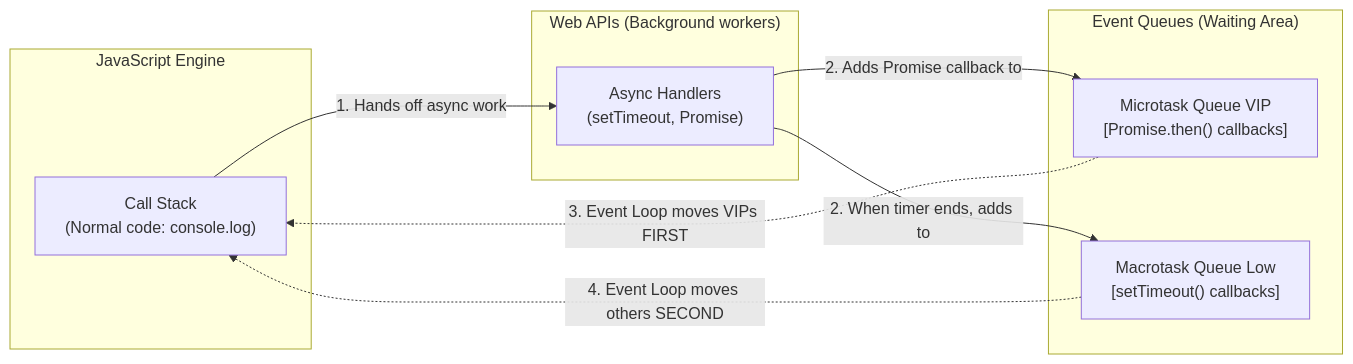
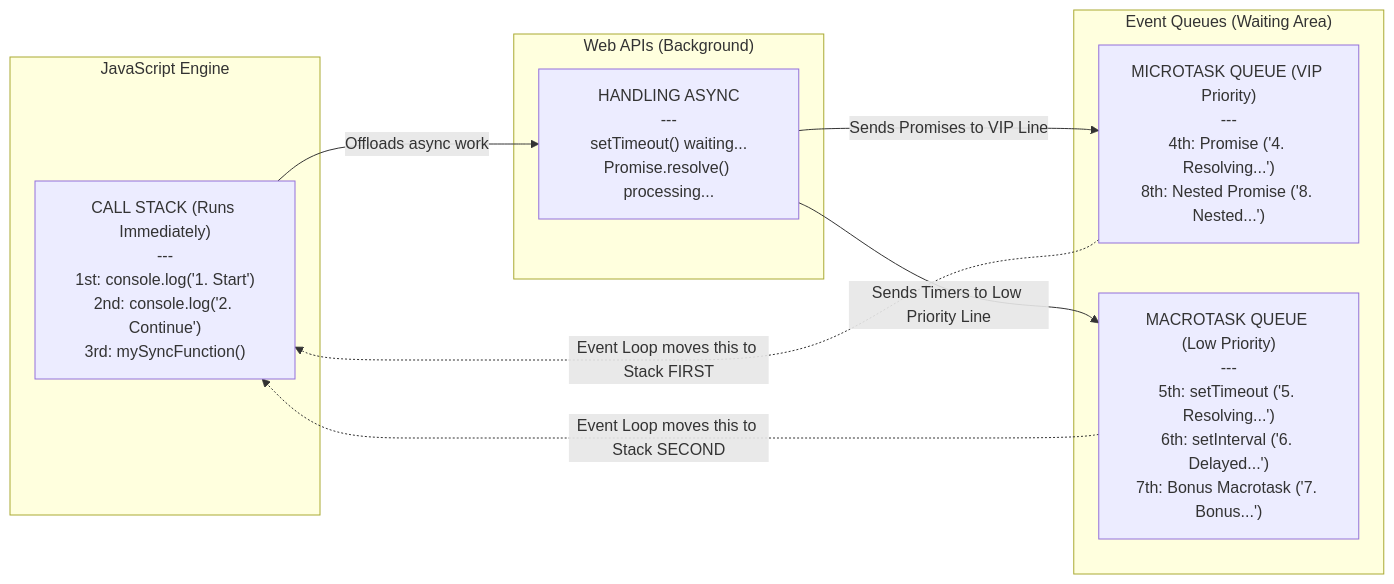
Before and after one commit to moideen-mashad/JavaScript-Event-Loop-Basics: the diagram in README.md, drawn with Mermaid.

Commit message:
JavaScript Event Loop Basics

````diff
--- a/README.md
+++ b/README.md
@@ -25,22 +25,22 @@
 ```mermaid
 flowchart LR
     subgraph Engine["JavaScript Engine"]
-        Stack["Call Stack<br/>(Normal code: console.log)"]
+        Stack["CALL STACK (Runs Immediately)<br/>---<br/>1st: console.log('1. Start')<br/>2nd: console.log('2. Continue')<br/>3rd: mySyncFunction()"]
     end
 
-    subgraph Browser["Web APIs (Background workers)"]
-        AsyncTasks["Async Handlers<br/>(setTimeout, Promise)"]
+    subgraph Browser["Web APIs (Background)"]
+        AsyncTasks["HANDLING ASYNC<br/>---<br/>setTimeout() waiting...<br/>Promise.resolve() processing..."]
     end
 
     subgraph Memory["Event Queues (Waiting Area)"]
-        Micro["Microtask Queue VIP<br/>[Promise.then() callbacks]"]
-        Macro["Macrotask Queue Low<br/>[setTimeout() callbacks]"]
+        Micro["MICROTASK QUEUE (VIP Priority)<br/>---<br/>4th: Promise ('4. Resolving...')<br/>8th: Nested Promise ('8. Nested...')"]
+        Macro["MACROTASK QUEUE (Low Priority)<br/>---<br/>5th: setTimeout ('5. Resolving...')<br/>6th: setInterval ('6. Delayed...')<br/>7th: Bonus Macrotask ('7. Bonus...')"]
     end
 
-    Stack --"1. Hands off async work"--> AsyncTasks
-    AsyncTasks --"2. Adds Promise callback to"--> Micro
-    AsyncTasks --"2. When timer ends, adds to"--> Macro
+    Stack --"Offloads async work"--> AsyncTasks
+    AsyncTasks --"Sends Promises to VIP Line"--> Micro
+    AsyncTasks --"Sends Timers to Low Priority Line"--> Macro
 
-    Micro -."3. Event Loop moves VIPs FIRST".-> Stack
-    Macro -."4. Event Loop moves others SECOND".-> Stack
+    Micro -."Event Loop moves this to Stack FIRST".-> Stack
+    Macro -."Event Loop moves this to Stack SECOND".-> Stack
 ```
````
